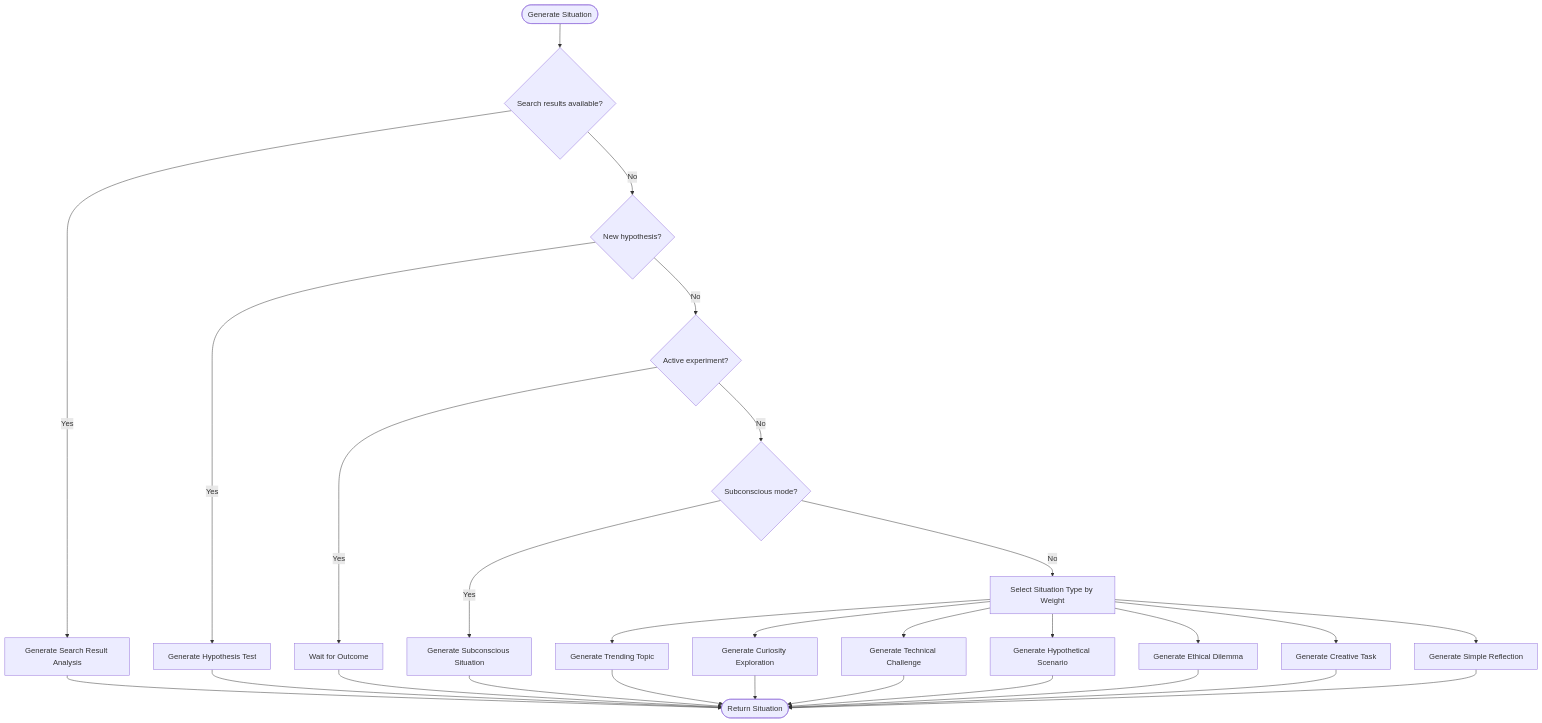
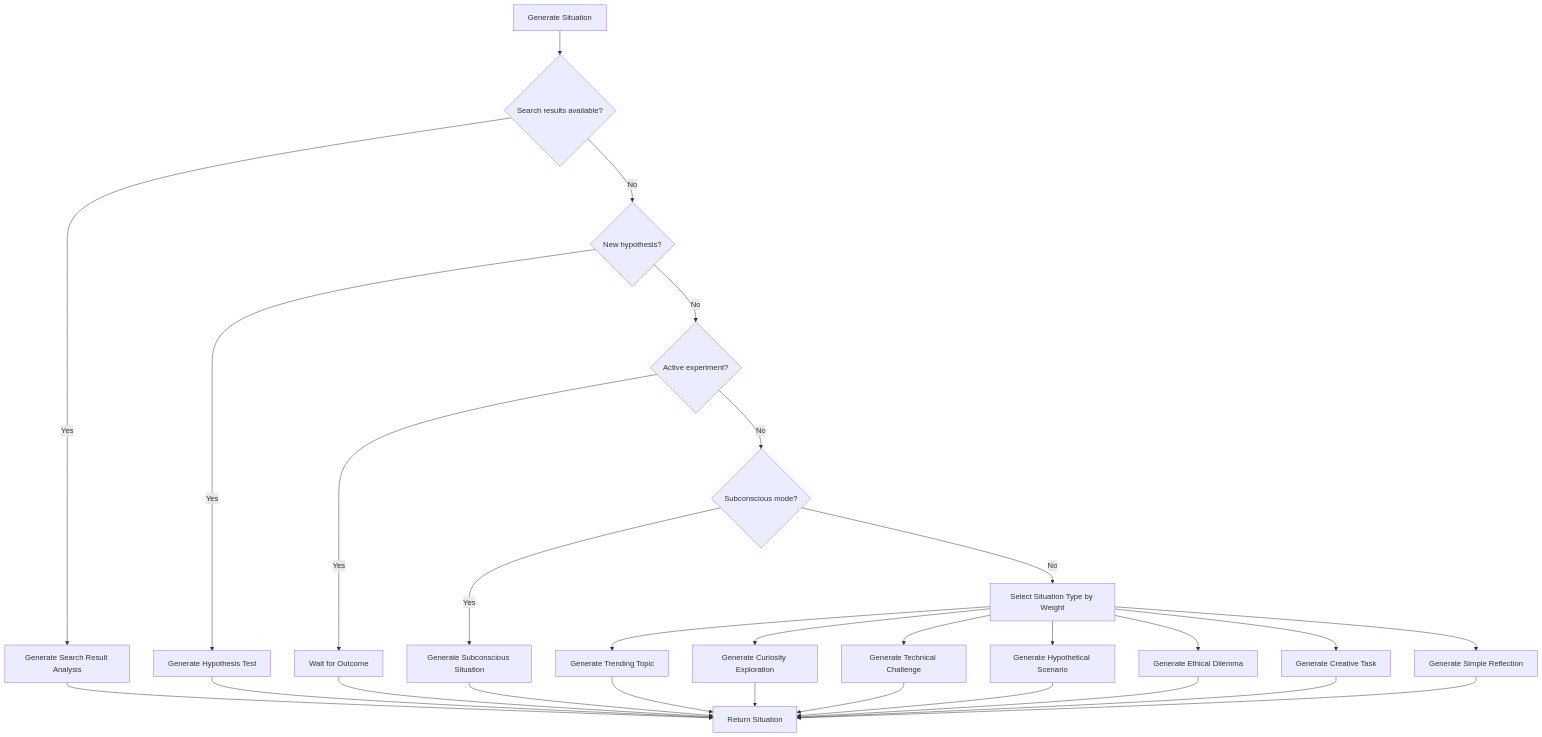
The second of 4 diagrams in docs/Specialized Modules/Situation Generator.md (Likhithsai2580/RAVANA-WIKI), drawn with Mermaid before and after one commit. The commit also changed 52 other files, not shown here.

First line of the commit message:
chore(docs): update documentation content, fix Mermaid diagrams, and enhance README

````diff
--- a/docs/Specialized Modules/Situation Generator.md
+++ b/docs/Specialized Modules/Situation Generator.md
@@ -62,31 +62,31 @@
 ```mermaid
 flowchart TD
-Start([Generate Situation]) --> CheckSearch{"Search results available?"}
+Start["Generate Situation"] --> CheckSearch{"Search results available?"}
 CheckSearch --> |Yes| GenSearch[Generate Search Result Analysis]
 CheckSearch --> |No| CheckHypothesis{"New hypothesis?"}
 CheckHypothesis --> |Yes| GenHypothesis[Generate Hypothesis Test]
 CheckHypothesis --> |No| CheckExperiment{"Active experiment?"}
 CheckExperiment --> |Yes| Wait[Wait for Outcome]
 CheckExperiment --> |No| CheckSubconscious{"Subconscious mode?"}
 CheckSubconscious --> |Yes| GenSubconscious[Generate Subconscious Situation]
 CheckSubconscious --> |No| SelectType[Select Situation Type by Weight]
 SelectType --> GenTrending[Generate Trending Topic]
 SelectType --> GenCuriosity[Generate Curiosity Exploration]
 SelectType --> GenTechnical[Generate Technical Challenge]
 SelectType --> GenHypothetical[Generate Hypothetical Scenario]
 SelectType --> GenEthical[Generate Ethical Dilemma]
 SelectType --> GenCreative[Generate Creative Task]
 SelectType --> GenReflection[Generate Simple Reflection]
 GenSearch --> Return
 GenHypothesis --> Return
 Wait --> Return
 GenSubconscious --> Return
 GenTrending --> Return
 GenCuriosity --> Return
 GenTechnical --> Return
 GenHypothetical --> Return
 GenEthical --> Return
 GenCreative --> Return
 GenReflection --> Return
-Return([Return Situation])
+Return["Return Situation"]
 ```
````
